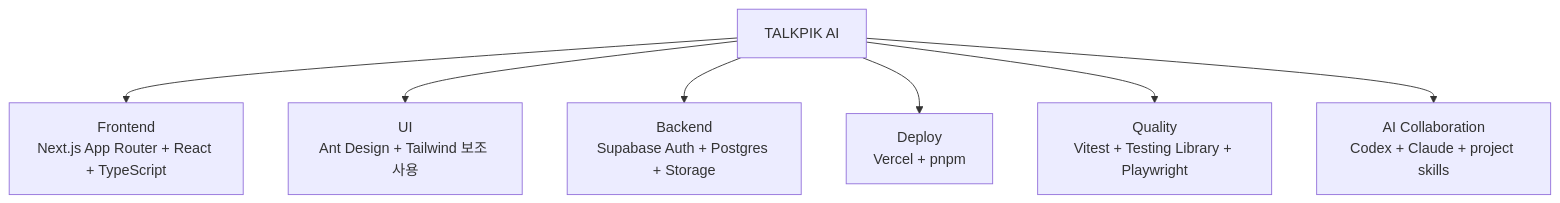
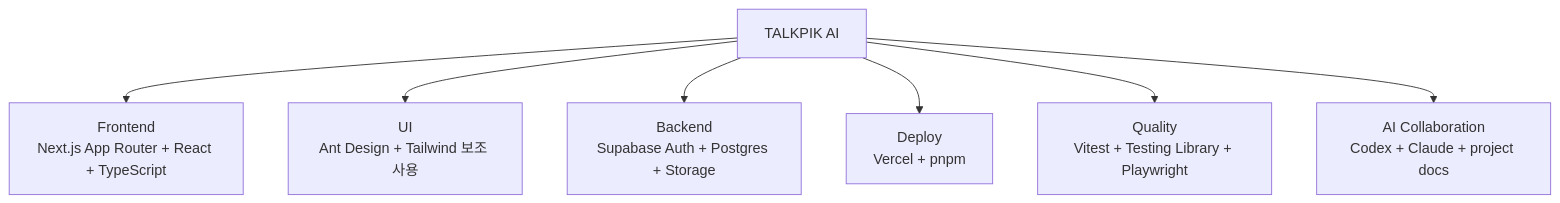
One commit to blackstarzck/topik-project-v13 changed the third of 8 diagrams in README.md. Above: the diagram before and after it, drawn with Mermaid. The commit also changed other lines of this file and 83 other files, not shown here.

````diff
--- a/README.md
+++ b/README.md
@@ -90,9 +90,9 @@
 ```mermaid
 flowchart TB
     A["TALKPIK AI"] --> B["Frontend<br/>Next.js App Router + React + TypeScript"]
     A --> C["UI<br/>Ant Design + Tailwind 보조 사용"]
     A --> D["Backend<br/>Supabase Auth + Postgres + Storage"]
     A --> E["Deploy<br/>Vercel + pnpm"]
     A --> F["Quality<br/>Vitest + Testing Library + Playwright"]
-    A --> G["AI Collaboration<br/>Codex + Claude + project skills"]
+    A --> G["AI Collaboration<br/>Codex + Claude + project docs"]
 ```
````
